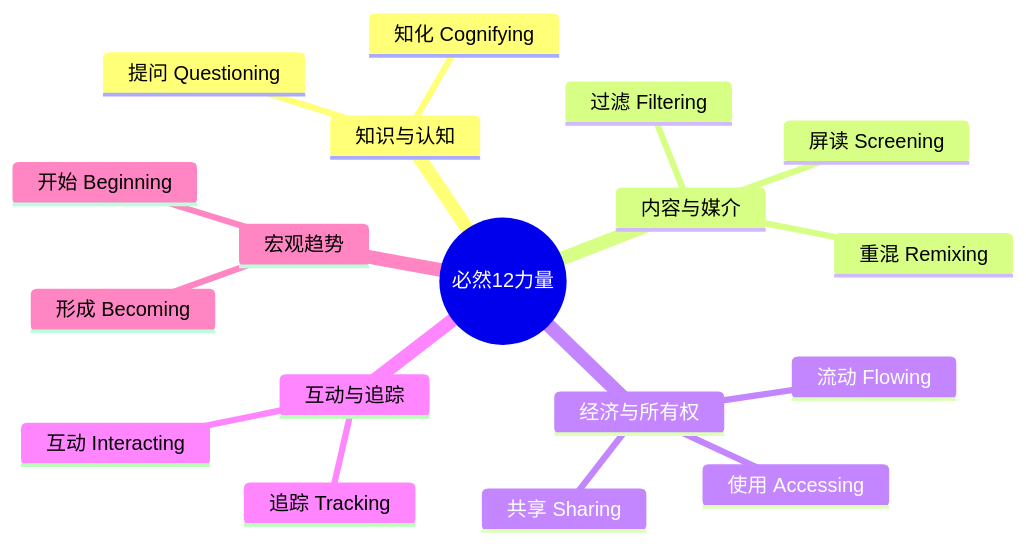
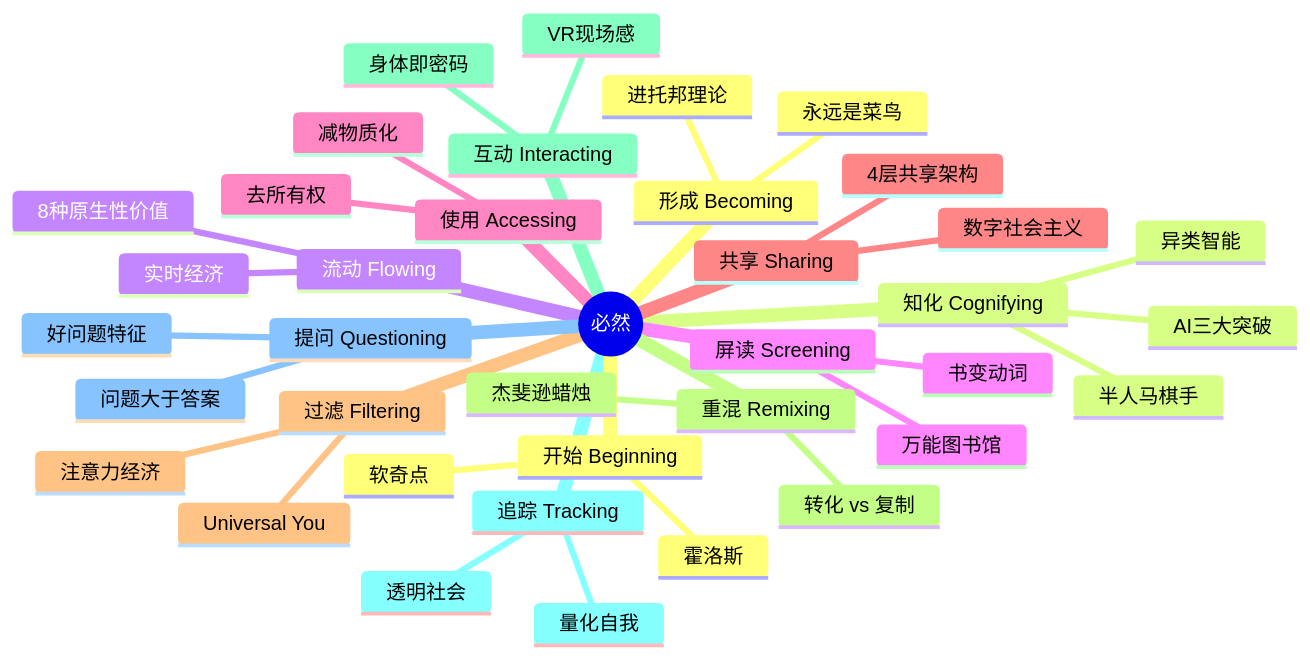
Before and after one commit to qinwenshi/wiki: the first of 4 diagrams in content/reading/必然.md, drawn with Mermaid. The commit also changed other lines of this file, not shown here.

````diff
--- a/content/reading/必然.md
+++ b/content/reading/必然.md
@@ -22,21 +32,41 @@
 ```mermaid
 mindmap
-  root((必然12力量))
-    知识与认知
-      知化 Cognifying
-      提问 Questioning
-    内容与媒介
-      屏读 Screening
-      重混 Remixing
-      过滤 Filtering
-    经济与所有权
-      流动 Flowing
-      使用 Accessing
-      共享 Sharing
-    互动与追踪
-      互动 Interacting
-      追踪 Tracking
-    宏观趋势
-      形成 Becoming
-      开始 Beginning
+  root((必然))
+    形成 Becoming
+      进托邦理论
+      永远是菜鸟
+    知化 Cognifying
+      AI三大突破
+      异类智能
+      半人马棋手
+    流动 Flowing
+      8种原生性价值
+      实时经济
+    屏读 Screening
+      万能图书馆
+      书变动词
+    使用 Accessing
+      减物质化
+      去所有权
+    共享 Sharing
+      数字社会主义
+      4层共享架构
+    过滤 Filtering
+      注意力经济
+      Universal You
+    重混 Remixing
+      转化 vs 复制
+      杰斐逊蜡烛
+    互动 Interacting
+      VR现场感
+      身体即密码
+    追踪 Tracking
+      量化自我
+      透明社会
+    提问 Questioning
+      好问题特征
+      问题大于答案
+    开始 Beginning
+      霍洛斯
+      软奇点
 ```
````
